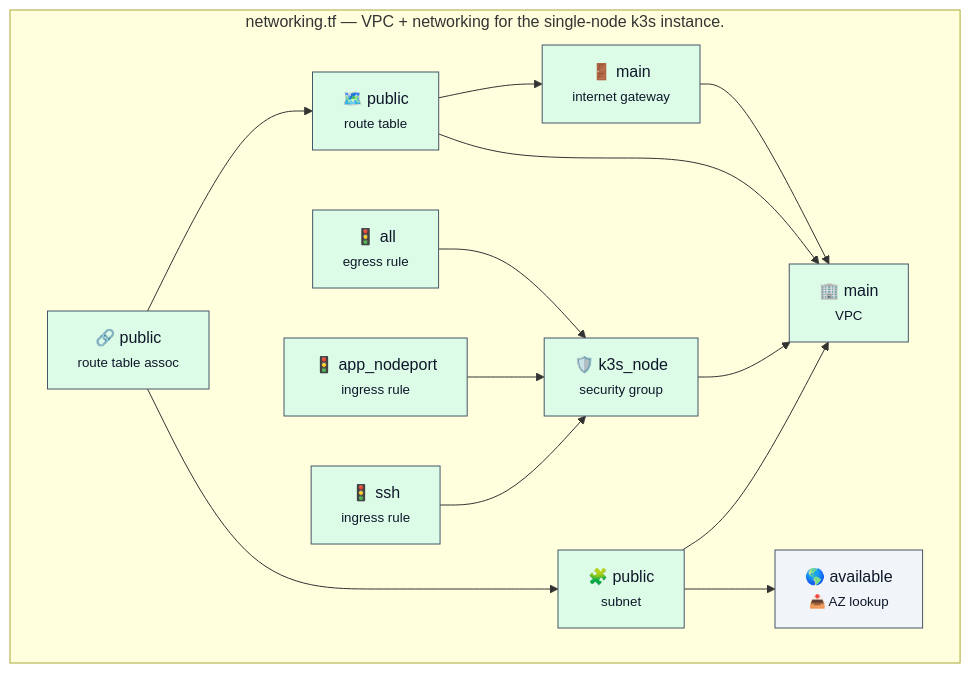
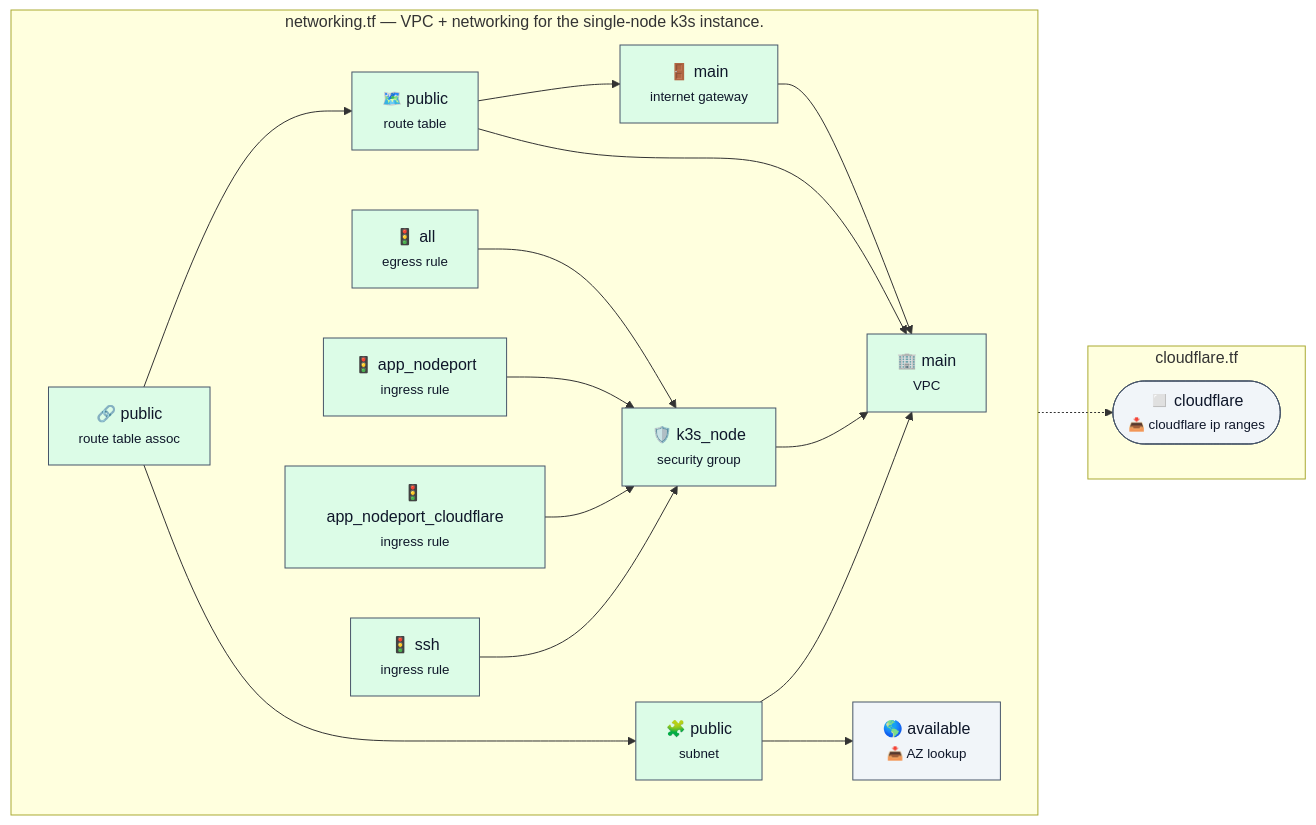
Before and after one commit to macamp0328/liner-notes: the diagram in infra/diagrams/per-file/networking.mmd, drawn with Mermaid. The commit also changed 14 other files, not shown here.

```diff
--- a/infra/diagrams/per-file/networking.mmd
+++ b/infra/diagrams/per-file/networking.mmd
@@ -1,29 +1,35 @@
 %% Auto-generated by scripts/diagrams/generate.ts — do not edit by hand.
 %% Source: infra/terraform/networking.tf
 flowchart LR
   classDef networking fill:#dcfce7,stroke:#475569,color:#0f172a
   classDef other fill:#f1f5f9,stroke:#475569,color:#0f172a
   subgraph this["networking.tf — VPC + networking for the single-node k3s instance."]
     direction LR
     aws_vpc_main["🏢 main<br/><small>VPC</small>"]:::networking
     aws_internet_gateway_main["🚪 main<br/><small>internet gateway</small>"]:::networking
     data_aws_availability_zones_available["🌎 available<br/><small>📥 AZ lookup</small>"]:::other
     aws_subnet_public["🧩 public<br/><small>subnet</small>"]:::networking
     aws_route_table_public["🗺️ public<br/><small>route table</small>"]:::networking
     aws_route_table_association_public["🔗 public<br/><small>route table assoc</small>"]:::networking
     aws_security_group_k3s_node["🛡️ k3s_node<br/><small>security group</small>"]:::networking
     aws_vpc_security_group_ingress_rule_app_nodeport["🚦 app_nodeport<br/><small>ingress rule</small>"]:::networking
+    aws_vpc_security_group_ingress_rule_app_nodeport_cloudflare["🚦 app_nodeport_cloudflare<br/><small>ingress rule</small>"]:::networking
     aws_vpc_security_group_ingress_rule_ssh["🚦 ssh<br/><small>ingress rule</small>"]:::networking
     aws_vpc_security_group_egress_rule_all["🚦 all<br/><small>egress rule</small>"]:::networking
+  end
+  subgraph ext_cloudflare_tf["cloudflare.tf"]
+    data_cloudflare_ip_ranges_cloudflare(["◻️ cloudflare<br/><small>📥 cloudflare ip ranges</small>"]):::other
   end
   aws_internet_gateway_main --> aws_vpc_main
   aws_route_table_association_public --> aws_route_table_public
   aws_route_table_association_public --> aws_subnet_public
   aws_route_table_public --> aws_internet_gateway_main
   aws_route_table_public --> aws_vpc_main
   aws_security_group_k3s_node --> aws_vpc_main
   aws_subnet_public --> aws_vpc_main
   aws_subnet_public --> data_aws_availability_zones_available
   aws_vpc_security_group_egress_rule_all --> aws_security_group_k3s_node
   aws_vpc_security_group_ingress_rule_app_nodeport --> aws_security_group_k3s_node
+  aws_vpc_security_group_ingress_rule_app_nodeport_cloudflare --> aws_security_group_k3s_node
+  aws_vpc_security_group_ingress_rule_app_nodeport_cloudflare -.-> data_cloudflare_ip_ranges_cloudflare
   aws_vpc_security_group_ingress_rule_ssh --> aws_security_group_k3s_node
```
